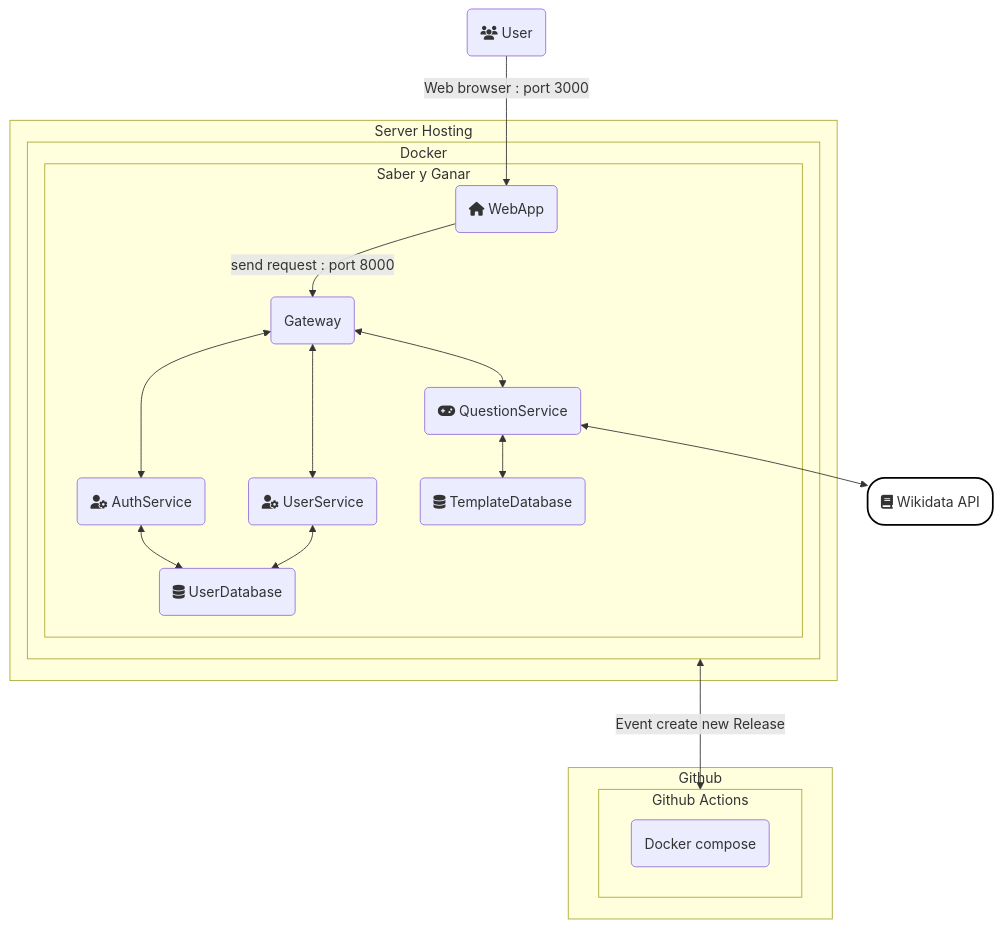
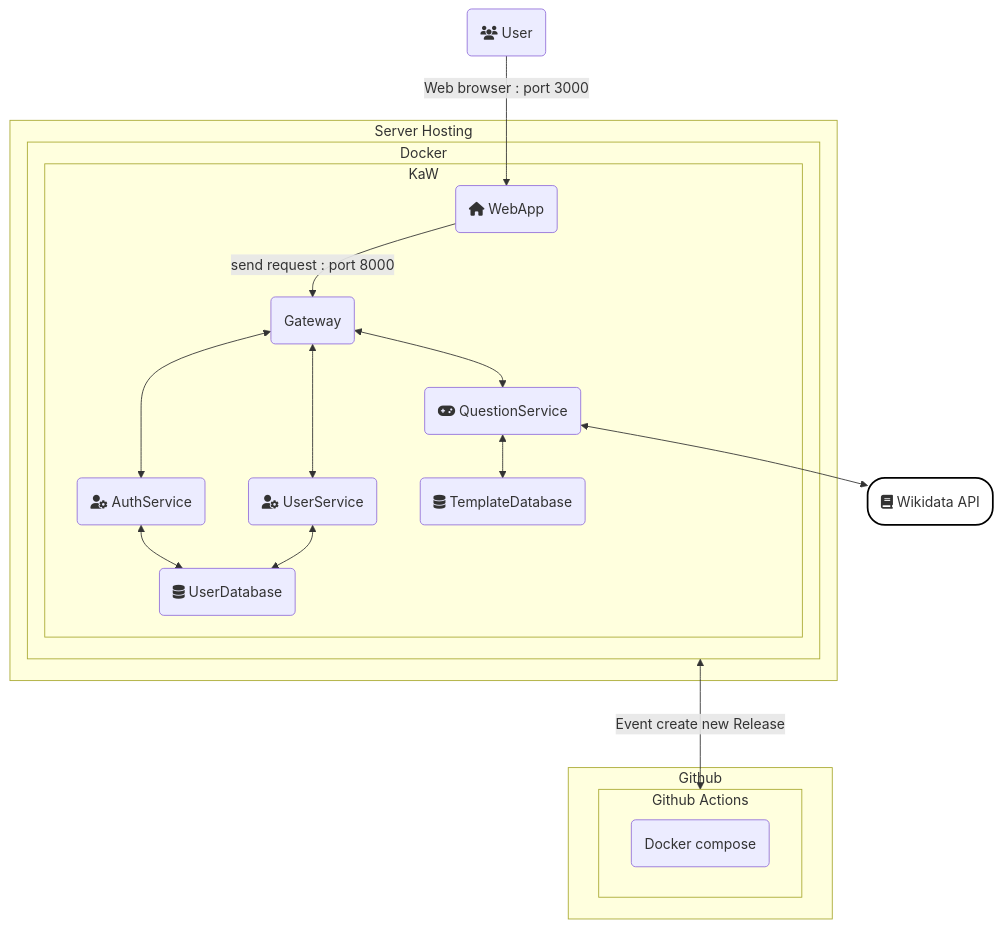
One commit to Arquisoft/wiq_en3b changed the first of 3 diagrams in docs/src/07_deployment_view.adoc. Above: the diagram before and after it, drawn with Mermaid. The commit also changed other lines of this file, not shown here.

Commit message:
Diagrams already ready, pending explanation

```diff
--- a/docs/src/07_deployment_view.adoc
+++ b/docs/src/07_deployment_view.adoc
@@ -99,46 +99,46 @@
 [mermaid]
 ----
 flowchart TD
     User("fa:fa-users" User) --"Web browser : port 3000"--> WebApp
 
     subgraph github [Github]
             subgraph githubActions [Github Actions]
                 DockerCompose(Docker compose)
             end 
         end
 
     subgraph server [Server Hosting]
         
         subgraph docker [Docker]
-            subgraph app [Saber y Ganar]
+            subgraph app [KaW]
                 
                 WebApp("fa:fa-home" WebApp) --"send request : port 8000"--> Gateway
                 Gateway(Gateway)
                 AuthService("fa:fa-user-cog" AuthService)
                 UserService("fa:fa-user-cog" UserService)
                 QuestionService("fa:fa-gamepad" QuestionService)
                 UserDatabase("fa:fa-database" UserDatabase)
                 TemplateDatabase("fa:fa-database" TemplateDatabase)
                 
             end
         end
     end
 
     docker <--"Event create new Release"-------> githubActions
 
     Wikidata("fa:fa-book" Wikidata API)
     
     AuthService <--> UserDatabase
     UserService <--> UserDatabase
     Gateway <---> AuthService
     Gateway <--> UserService
     
     Gateway <--> QuestionService
     QuestionService <--> Wikidata
     QuestionService <--> TemplateDatabase
     style Wikidata fill:#fff,stroke:#000,stroke-width:2px,rx:20px,ry:20px
     classDef subgraphstyle margin-left:3cm
     class back subgraphstyle
     class front subgraphstyle
 
 ----
```
